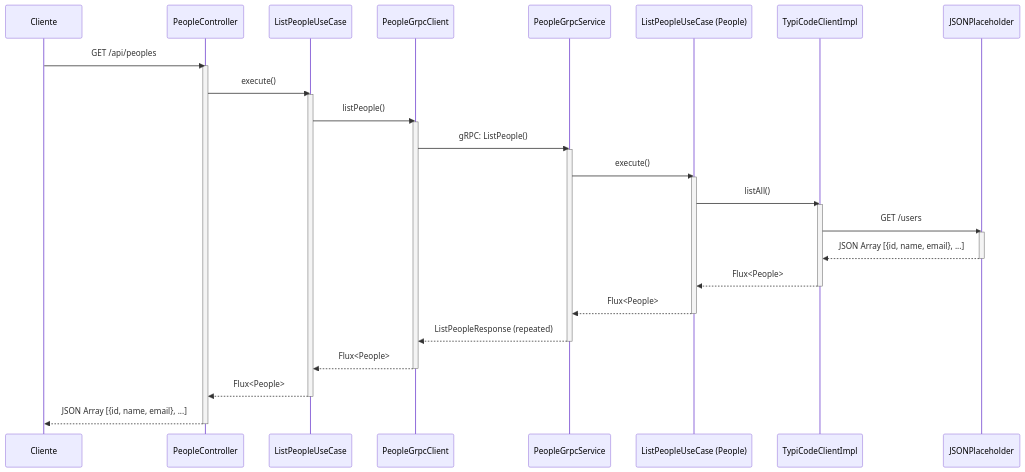
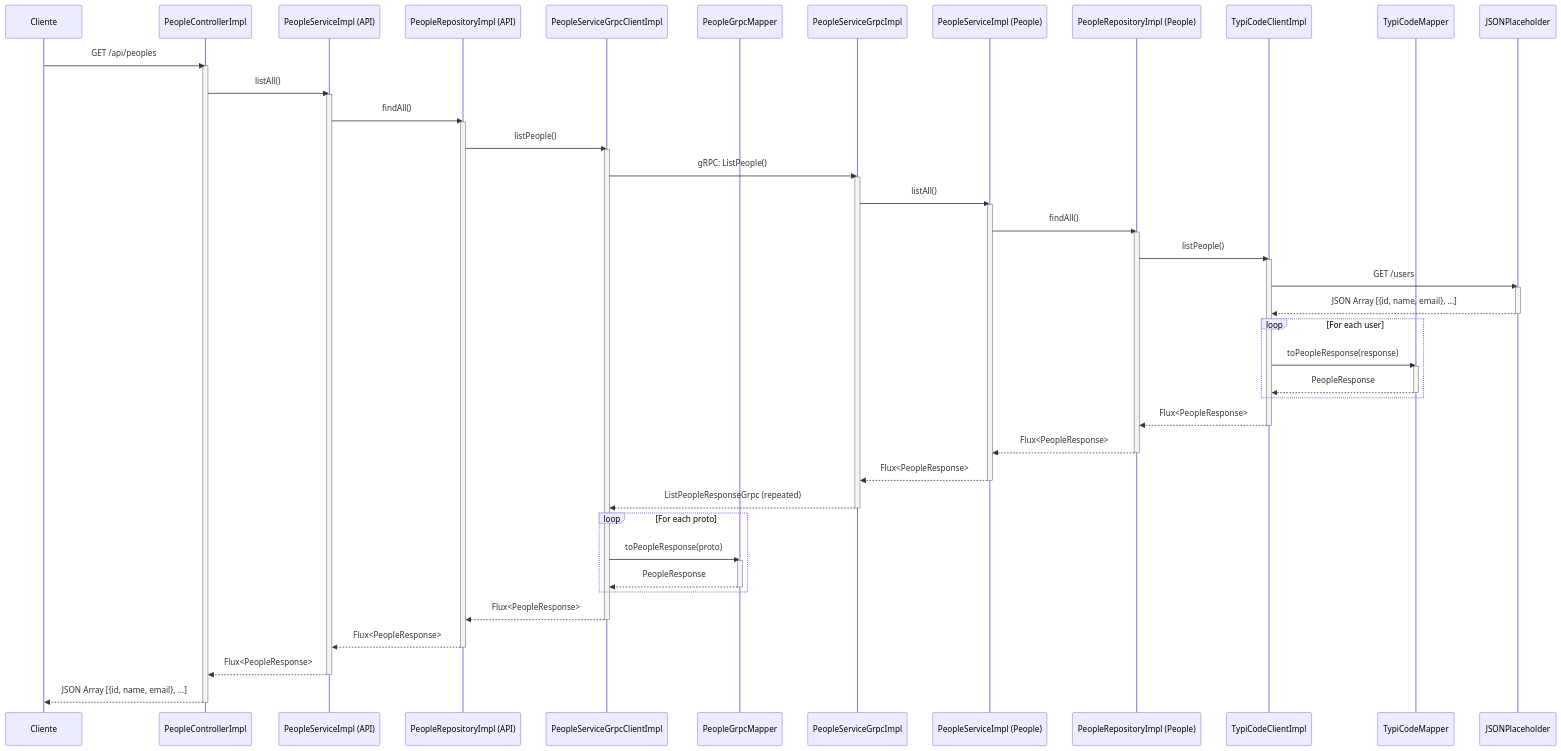
One commit to eneas-almeida/bridge changed the fifth of 15 diagrams in ARCHITECTURE.md. Above: the diagram before and after it, drawn with Mermaid. The commit also changed other lines of this file, not shown here.

````diff
--- a/ARCHITECTURE.md
+++ b/ARCHITECTURE.md
@@ -147,30 +191,40 @@
 ```mermaid
 sequenceDiagram
     participant Client as Cliente
-    participant Controller as PeopleController
-    participant UseCase as ListPeopleUseCase
-    participant GrpcClient as PeopleGrpcClient
-    participant GrpcService as PeopleGrpcService
-    participant PeopleUseCase as ListPeopleUseCase (People)
+    participant Controller as PeopleControllerImpl
+    participant Service as PeopleServiceImpl (API)
+    participant Repo as PeopleRepositoryImpl (API)
+    participant GrpcClient as PeopleServiceGrpcClientImpl
+    participant Mapper as PeopleGrpcMapper
+    participant GrpcService as PeopleServiceGrpcImpl
+    participant PeopleService as PeopleServiceImpl (People)
+    participant PeopleRepo as PeopleRepositoryImpl (People)
     participant HttpClient as TypiCodeClientImpl
+    participant HttpMapper as TypiCodeMapper
     participant External as JSONPlaceholder
 
     Client->>Controller: GET /api/peoples
     activate Controller
 
-    Controller->>UseCase: execute()
-    activate UseCase
+    Controller->>Service: listAll()
+    activate Service
 
-    UseCase->>GrpcClient: listPeople()
+    Service->>Repo: findAll()
+    activate Repo
+
+    Repo->>GrpcClient: listPeople()
     activate GrpcClient
 
     GrpcClient->>GrpcService: gRPC: ListPeople()
     activate GrpcService
 
-    GrpcService->>PeopleUseCase: execute()
-    activate PeopleUseCase
+    GrpcService->>PeopleService: listAll()
+    activate PeopleService
 
-    PeopleUseCase->>HttpClient: listAll()
+    PeopleService->>PeopleRepo: findAll()
+    activate PeopleRepo
+
+    PeopleRepo->>HttpClient: listPeople()
     activate HttpClient
 
     HttpClient->>External: GET /users
@@ -179,20 +233,40 @@
     External-->>HttpClient: JSON Array [{id, name, email}, ...]
     deactivate External
 
-    HttpClient-->>PeopleUseCase: Flux<People>
+    loop For each user
+        HttpClient->>HttpMapper: toPeopleResponse(response)
+        activate HttpMapper
+        HttpMapper-->>HttpClient: PeopleResponse
+        deactivate HttpMapper
+    end
+
+    HttpClient-->>PeopleRepo: Flux<PeopleResponse>
     deactivate HttpClient
 
-    PeopleUseCase-->>GrpcService: Flux<People>
-    deactivate PeopleUseCase
+    PeopleRepo-->>PeopleService: Flux<PeopleResponse>
+    deactivate PeopleRepo
 
-    GrpcService-->>GrpcClient: ListPeopleResponse (repeated)
+    PeopleService-->>GrpcService: Flux<PeopleResponse>
+    deactivate PeopleService
+
+    GrpcService-->>GrpcClient: ListPeopleResponseGrpc (repeated)
     deactivate GrpcService
 
-    GrpcClient-->>UseCase: Flux<People>
+    loop For each proto
+        GrpcClient->>Mapper: toPeopleResponse(proto)
+        activate Mapper
+        Mapper-->>GrpcClient: PeopleResponse
+        deactivate Mapper
+    end
+
+    GrpcClient-->>Repo: Flux<PeopleResponse>
     deactivate GrpcClient
 
-    UseCase-->>Controller: Flux<People>
-    deactivate UseCase
+    Repo-->>Service: Flux<PeopleResponse>
+    deactivate Repo
+
+    Service-->>Controller: Flux<PeopleResponse>
+    deactivate Service
 
     Controller-->>Client: JSON Array [{id, name, email}, ...]
     deactivate Controller
````
